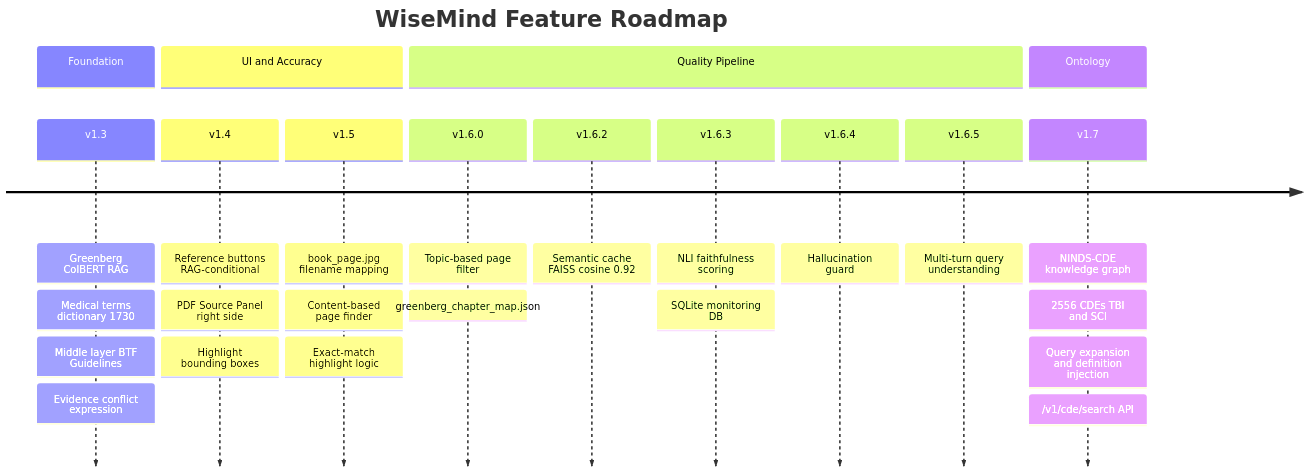
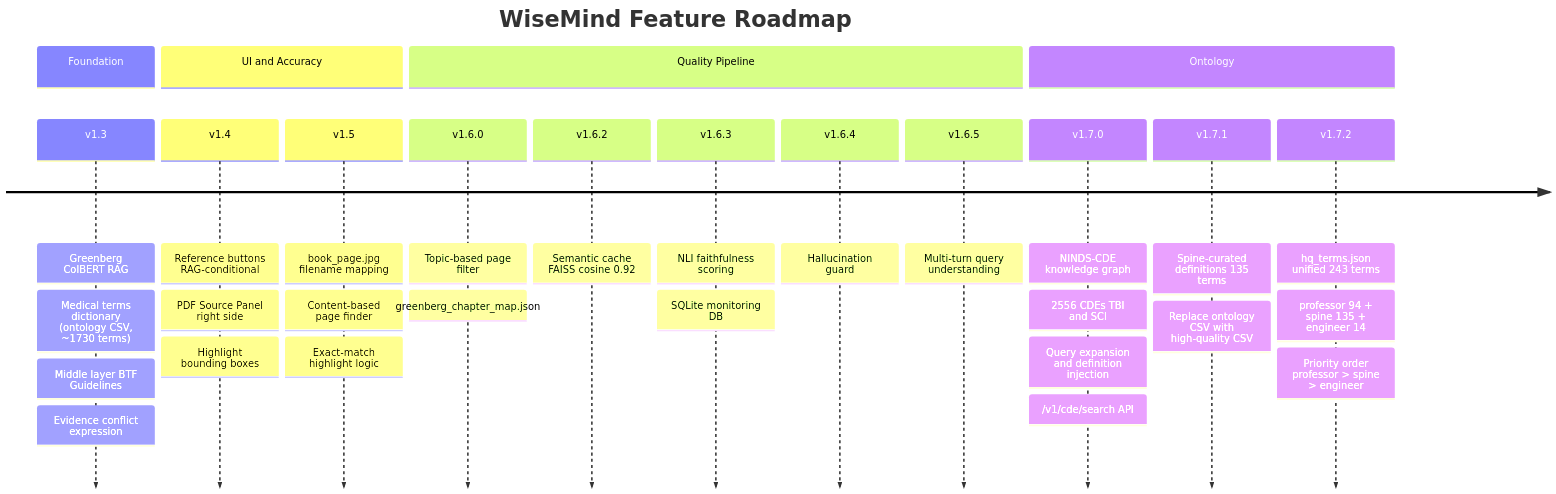
The tenth of 10 diagrams in ARCHITECTURE.md (born-june04/WiseMind), drawn with Mermaid before and after one commit. The commit also changed other lines of this file, not shown here.

First line of the commit message:
docs(v1.7.3): update Definitions Layer diagram, rename manual->engineer

````diff
--- a/ARCHITECTURE.md
+++ b/ARCHITECTURE.md
@@ -423,29 +431,34 @@
 ```mermaid
 timeline
     title WiseMind Feature Roadmap
     section Foundation
         v1.3 : Greenberg ColBERT RAG
-             : Medical terms dictionary 1730
+             : Medical terms dictionary (ontology CSV, ~1730 terms)
              : Middle layer BTF Guidelines
              : Evidence conflict expression
     section UI and Accuracy
         v1.4 : Reference buttons RAG-conditional
              : PDF Source Panel right side
              : Highlight bounding boxes
         v1.5 : book_page.jpg filename mapping
              : Content-based page finder
              : Exact-match highlight logic
     section Quality Pipeline
         v1.6.0 : Topic-based page filter
                : greenberg_chapter_map.json
         v1.6.2 : Semantic cache FAISS cosine 0.92
         v1.6.3 : NLI faithfulness scoring
                : SQLite monitoring DB
         v1.6.4 : Hallucination guard
         v1.6.5 : Multi-turn query understanding
     section Ontology
-        v1.7 : NINDS-CDE knowledge graph
-             : 2556 CDEs TBI and SCI
-             : Query expansion and definition injection
-             : /v1/cde/search API
+        v1.7.0 : NINDS-CDE knowledge graph
+               : 2556 CDEs TBI and SCI
+               : Query expansion and definition injection
+               : /v1/cde/search API
+        v1.7.1 : Spine-curated definitions 135 terms
+               : Replace ontology CSV with high-quality CSV
+        v1.7.2 : hq_terms.json unified 243 terms
+               : professor 94 + spine 135 + engineer 14
+               : Priority order professor > spine > engineer
 ```
````
